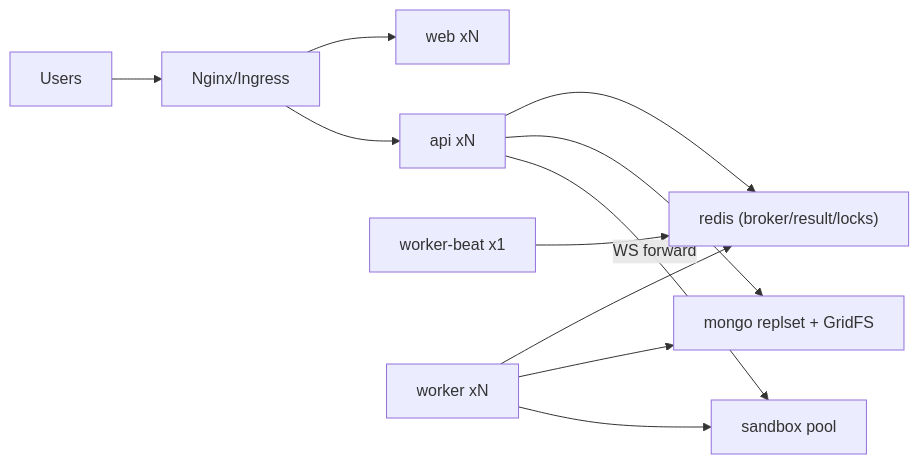
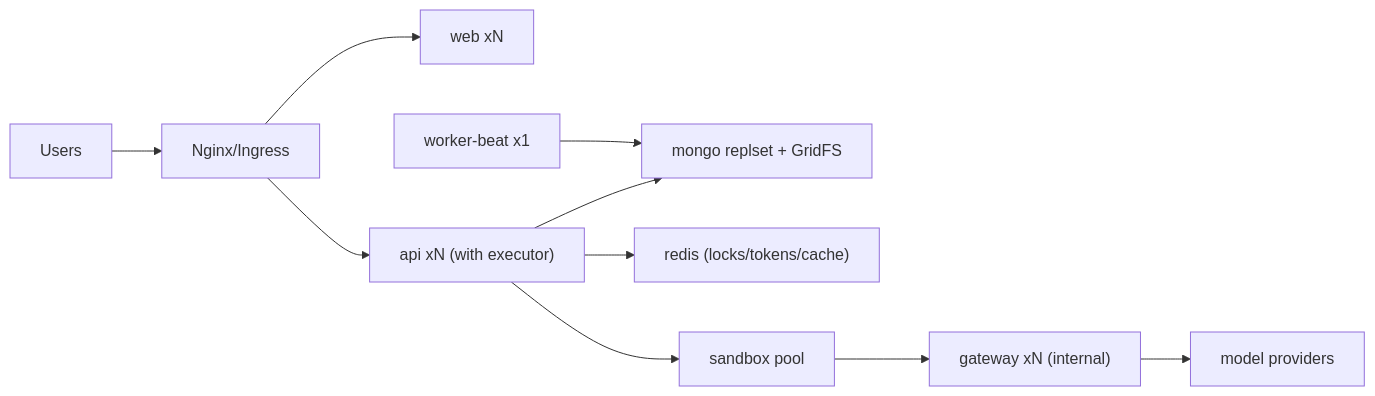
Before and after one commit to onjs/ai-manus: the second of 2 diagrams in md/modules/15-deployment-topology.md, drawn with Mermaid. The commit also changed other lines of this file and 184 other files, not shown here.

Commit message:
feat: align gateway-sandbox runtime loop and realtime event UX

````diff
--- a/md/modules/15-deployment-topology.md
+++ b/md/modules/15-deployment-topology.md
@@ -88,15 +60,13 @@
 ```mermaid
 flowchart LR
   U["Users"] --> LB["Nginx/Ingress"]
-  LB --> W1["web xN"]
-  LB --> A1["api xN"]
+  LB --> W["web xN"]
+  LB --> A["api xN (with executor)"]
 
-  A1 --> R["redis (broker/result/locks)"]
-  B["worker-beat x1"] --> R
-  K["worker xN"] --> R
-
-  K --> M["mongo replset + GridFS"]
-  A1 --> M
-  K --> S["sandbox pool"]
-  A1 -->|"WS forward"| S
+  B["worker-beat x1"] --> M["mongo replset + GridFS"]
+  A --> M
+  A --> R["redis (locks/tokens/cache)"]
+  A --> S["sandbox pool"]
+  S --> G["gateway xN (internal)"]
+  G --> P["model providers"]
 ```
````
